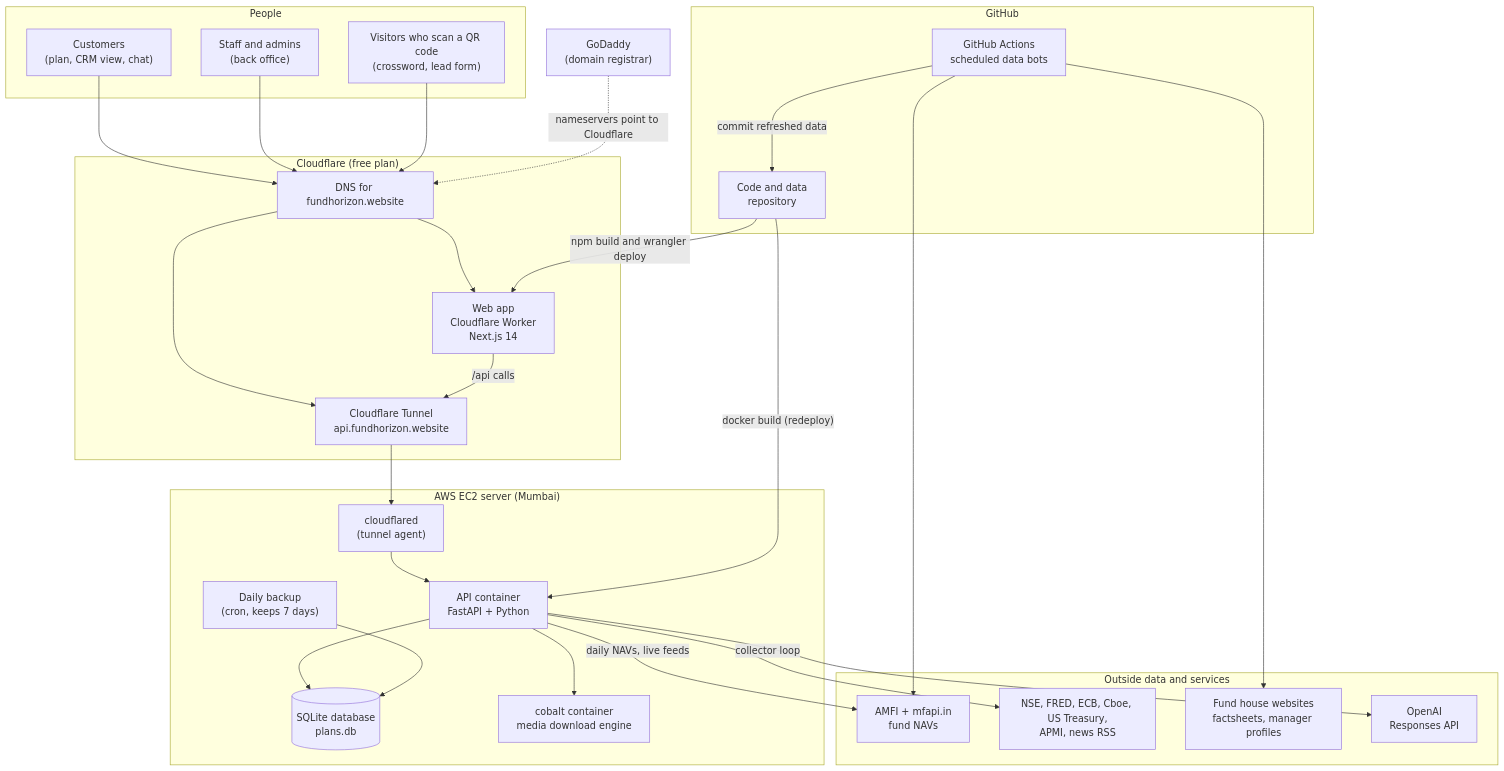
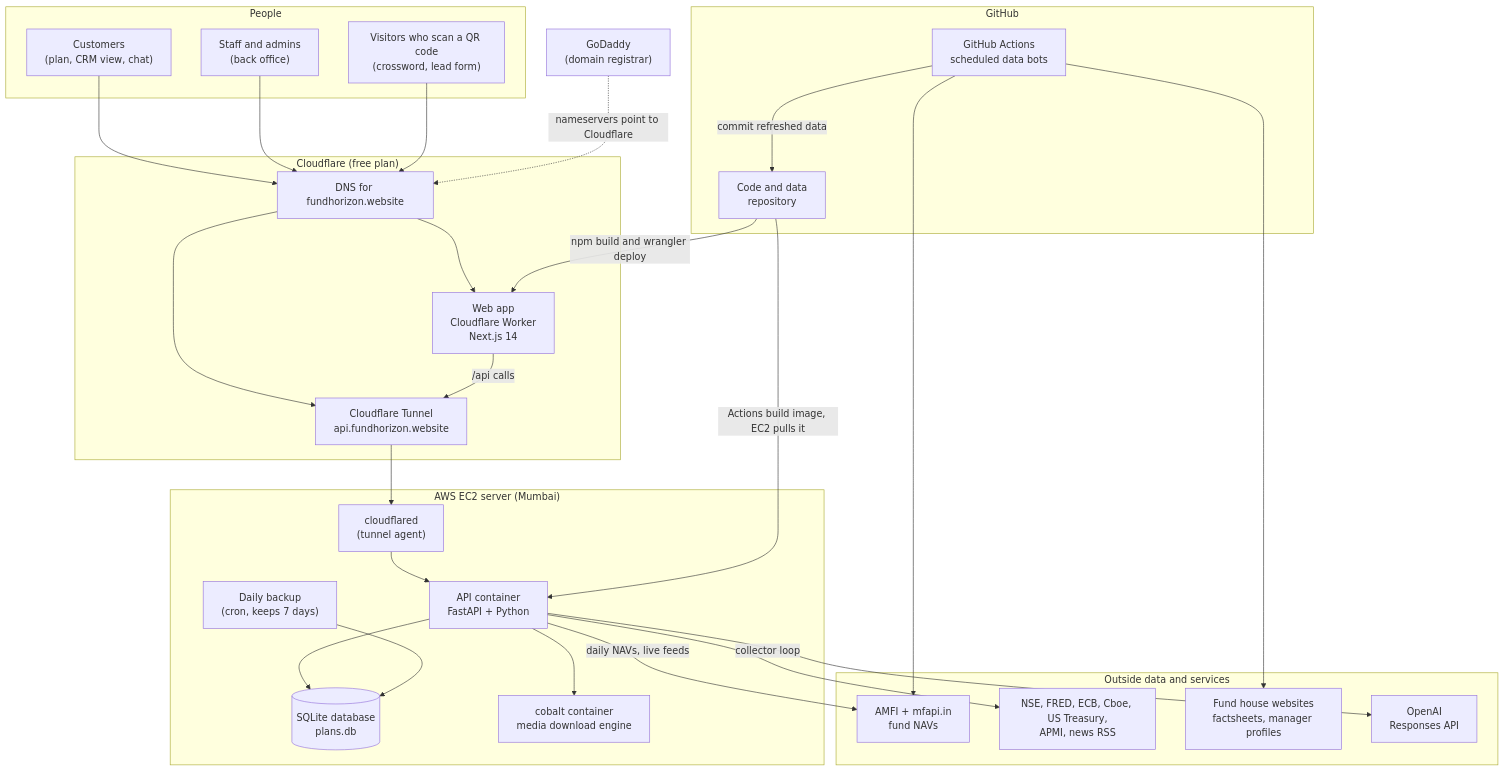
The first of 20 diagrams in README.md (debmukdm-jioinstitute/Fund-Horizon), drawn with Mermaid before and after one commit. The commit also changed other lines of this file and 7 other files, not shown here.

First line of the commit message:
ci(deploy): build API image in GitHub Actions, EC2 only pulls

````diff
--- a/README.md
+++ b/README.md
@@ -70,57 +70,57 @@
 ```mermaid
 flowchart TB
     subgraph People["People"]
         CUST["Customers<br/>(plan, CRM view, chat)"]
         STAFF["Staff and admins<br/>(back office)"]
         QR["Visitors who scan a QR code<br/>(crossword, lead form)"]
     end
 
     subgraph CF["Cloudflare (free plan)"]
         DNS["DNS for fundhorizon.website"]
         WORKER["Web app<br/>Cloudflare Worker<br/>Next.js 14"]
         TUNNEL["Cloudflare Tunnel<br/>api.fundhorizon.website"]
     end
 
     subgraph AWS["AWS EC2 server (Mumbai)"]
         CFD["cloudflared<br/>(tunnel agent)"]
         API["API container<br/>FastAPI + Python"]
         DB[("SQLite database<br/>plans.db")]
         COBALT["cobalt container<br/>media download engine"]
         BK["Daily backup<br/>(cron, keeps 7 days)"]
     end
 
     subgraph GH["GitHub"]
         REPO["Code and data<br/>repository"]
         ACT["GitHub Actions<br/>scheduled data bots"]
     end
 
     subgraph EXT["Outside data and services"]
         AMFI["AMFI + mfapi.in<br/>fund NAVs"]
         MKT["NSE, FRED, ECB, Cboe, US Treasury,<br/>APMI, news RSS"]
         FS["Fund house websites<br/>factsheets, manager profiles"]
         OAI["OpenAI<br/>Responses API"]
     end
 
     GD["GoDaddy<br/>(domain registrar)"]
 
     CUST --> DNS
     STAFF --> DNS
     QR --> DNS
     GD -. "nameservers point to Cloudflare" .-> DNS
     DNS --> WORKER
     DNS --> TUNNEL
     WORKER -- "/api calls" --> TUNNEL
     TUNNEL --> CFD
     CFD --> API
     API --> DB
     API --> COBALT
     API --> OAI
     API -- "daily NAVs, live feeds" --> AMFI
     API -- "collector loop" --> MKT
     BK --> DB
     ACT --> AMFI
     ACT --> FS
     ACT -- "commit refreshed data" --> REPO
-    REPO -- "docker build (redeploy)" --> API
+    REPO -- "Actions build image, EC2 pulls it" --> API
     REPO -- "npm build and wrangler deploy" --> WORKER
 ```
````
